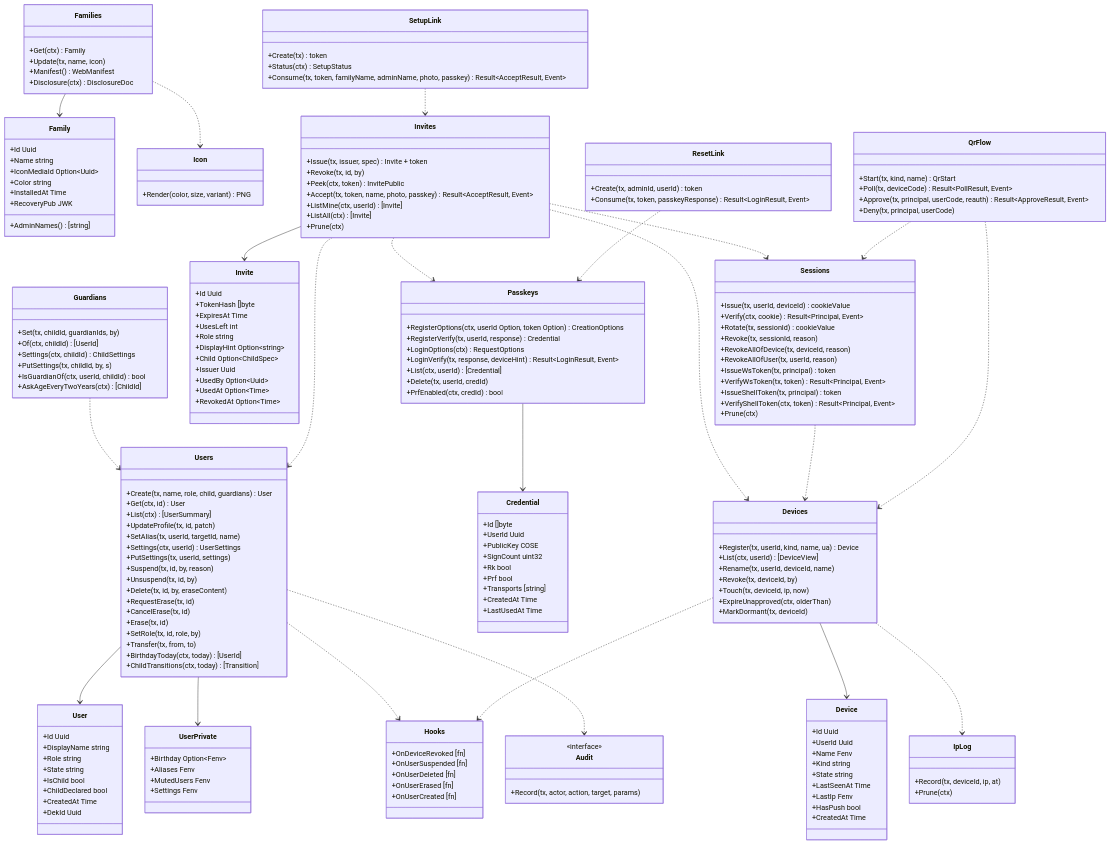
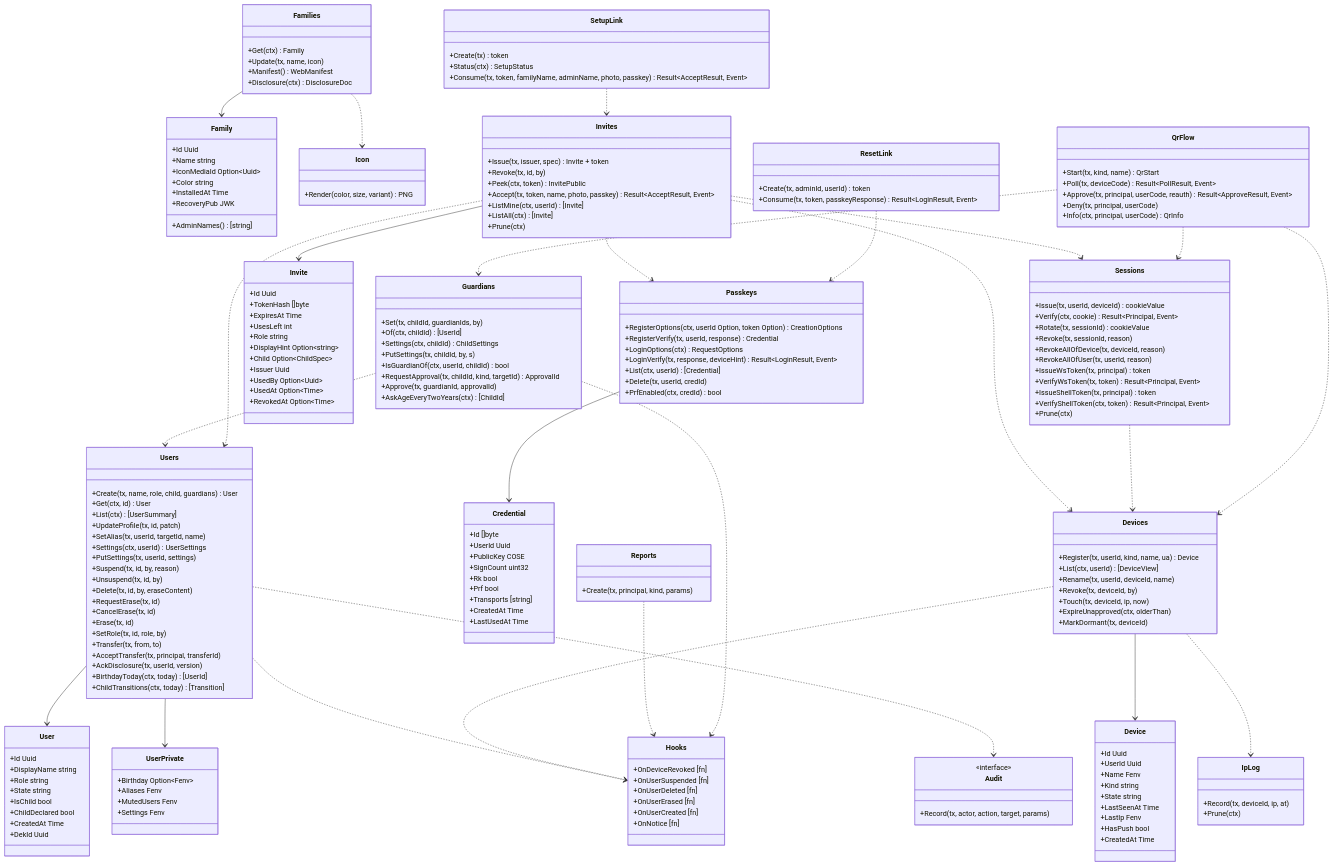
Before and after one commit to nrsd-ishikawasou/family-talk-pwa: the diagram in dev/docs/jp/ブロック/srv-identity.md, drawn with Mermaid. The commit also changed other lines of this file and 290 other files, not shown here.

````diff
--- a/dev/docs/jp/ブロック/srv-identity.md
+++ b/dev/docs/jp/ブロック/srv-identity.md
@@ -70,6 +102,8 @@
     +Erase(tx, id)
     +SetRole(tx, id, role, by)
     +Transfer(tx, from, to)
+    +AcceptTransfer(tx, principal, transferId)
+    +AckDisclosure(tx, userId, version)
     +BirthdayToday(ctx, today) [UserId]
     +ChildTransitions(ctx, today) [Transition]
   }
@@ -79,6 +113,8 @@
     +Settings(ctx, childId) ChildSettings
     +PutSettings(tx, childId, by, s)
     +IsGuardianOf(ctx, userId, childId) bool
+    +RequestApproval(tx, childId, kind, targetId) ApprovalId
+    +Approve(tx, guardianId, approvalId)
     +AskAgeEveryTwoYears(ctx) [ChildId]
   }
   class Invite {
@@ -166,6 +202,10 @@
     +Poll(tx, deviceCode) Result~PollResult, Event~
     +Approve(tx, principal, userCode, reauth) Result~ApproveResult, Event~
     +Deny(tx, principal, userCode)
+    +Info(ctx, principal, userCode) QrInfo
+  }
+  class Reports {
+    +Create(tx, principal, kind, params)
   }
   class ResetLink {
     +Create(tx, adminId, userId) token
@@ -185,6 +225,7 @@
     +OnUserDeleted [fn]
     +OnUserErased [fn]
     +OnUserCreated [fn]
+    +OnNotice [fn]
   }
   Families --> Family
   Families ..> Icon
@@ -207,4 +248,7 @@
   QrFlow ..> Sessions
   QrFlow ..> Devices
   ResetLink ..> Passkeys
+  Reports ..> Hooks
+  Guardians ..> Hooks
+  QrFlow ..> Guardians
 ```
````
